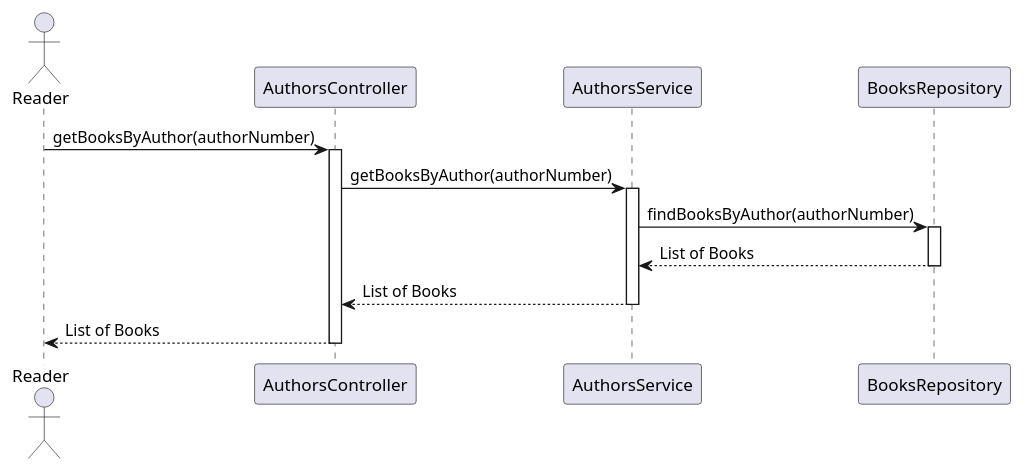
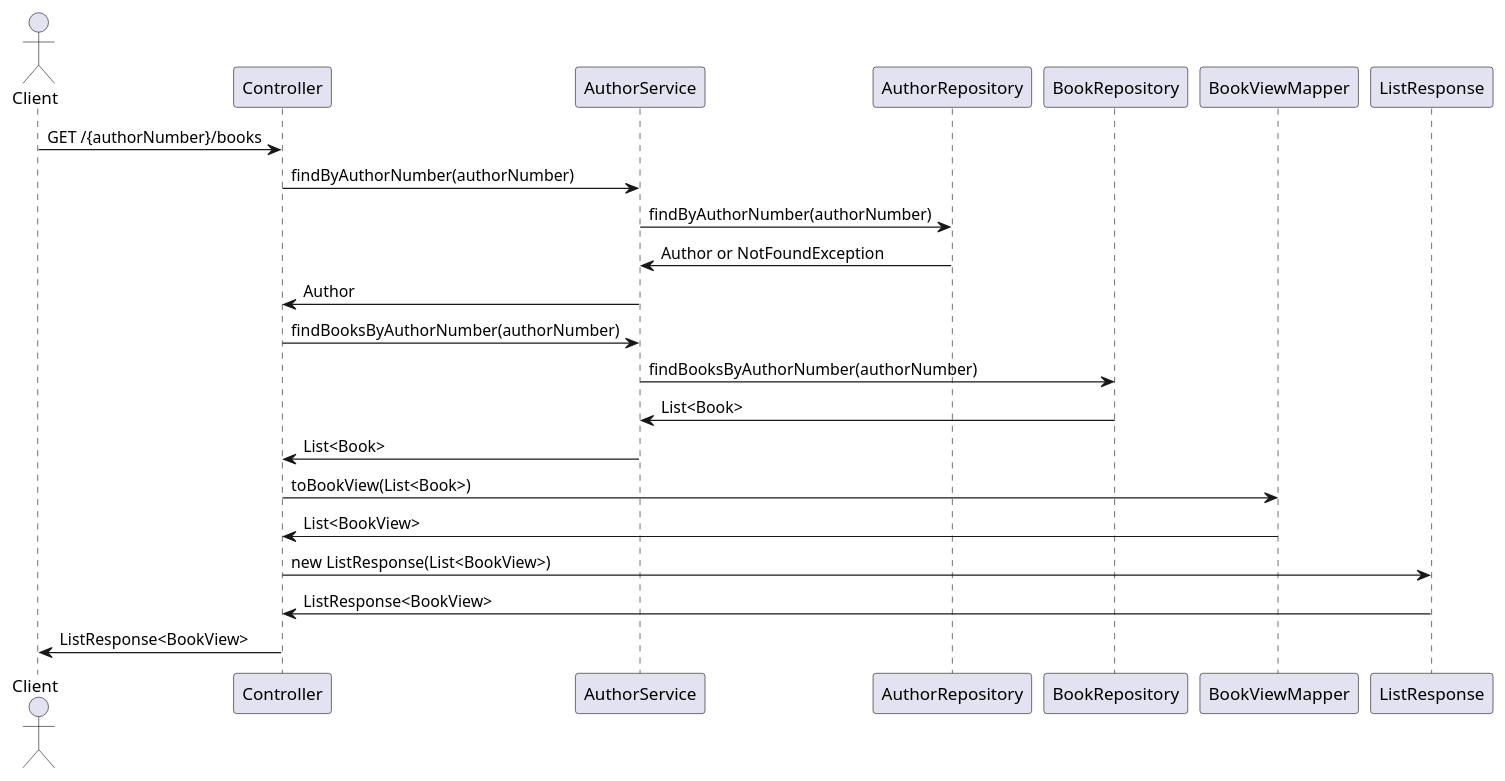
Before and after one commit to rutemf/1220944_1220772_G01: the diagram in Docs/Phase2/WP2B-Authors/Ph2-4-KnowBooksAnAuthor/Ph2-4-KnowBooksAnAuthor.puml, drawn with PlantUML. The commit also changed 12 other files, not shown here.

Commit message:
Class diagram, mds, sd Authors

```diff
--- a/Docs/Phase2/WP2B-Authors/Ph2-4-KnowBooksAnAuthor/Ph2-4-KnowBooksAnAuthor.puml
+++ b/Docs/Phase2/WP2B-Authors/Ph2-4-KnowBooksAnAuthor/Ph2-4-KnowBooksAnAuthor.puml
@@ -1,21 +1,30 @@
 @startuml
 
-actor Reader
-participant "AuthorsController" as Controller
-participant "AuthorsService" as Service
-participant "BooksRepository" as BooksRepo
+actor Client
+participant Controller
+participant AuthorService
+participant AuthorRepository
+participant BookRepository
+participant BookViewMapper
+participant ListResponse
 
-Reader -> Controller: getBooksByAuthor(authorNumber)
-activate Controller
-Controller -> Service: getBooksByAuthor(authorNumber)
-activate Service
-Service -> BooksRepo: findBooksByAuthor(authorNumber)
-activate BooksRepo
-BooksRepo --> Service: List of Books
-deactivate BooksRepo
-Service --> Controller: List of Books
-deactivate Service
-Controller --> Reader: List of Books
-deactivate Controller
+Client -> Controller: GET /{authorNumber}/books
+Controller -> AuthorService: findByAuthorNumber(authorNumber)
+AuthorService -> AuthorRepository: findByAuthorNumber(authorNumber)
+AuthorRepository -> AuthorService: Author or NotFoundException
+AuthorService -> Controller: Author
+
+Controller -> AuthorService: findBooksByAuthorNumber(authorNumber)
+AuthorService -> BookRepository: findBooksByAuthorNumber(authorNumber)
+BookRepository -> AuthorService: List<Book>
+AuthorService -> Controller: List<Book>
+
+Controller -> BookViewMapper: toBookView(List<Book>)
+BookViewMapper -> Controller: List<BookView>
+
+Controller -> ListResponse: new ListResponse(List<BookView>)
+ListResponse -> Controller: ListResponse<BookView>
+
+Controller -> Client: ListResponse<BookView>
 
 @enduml
```
